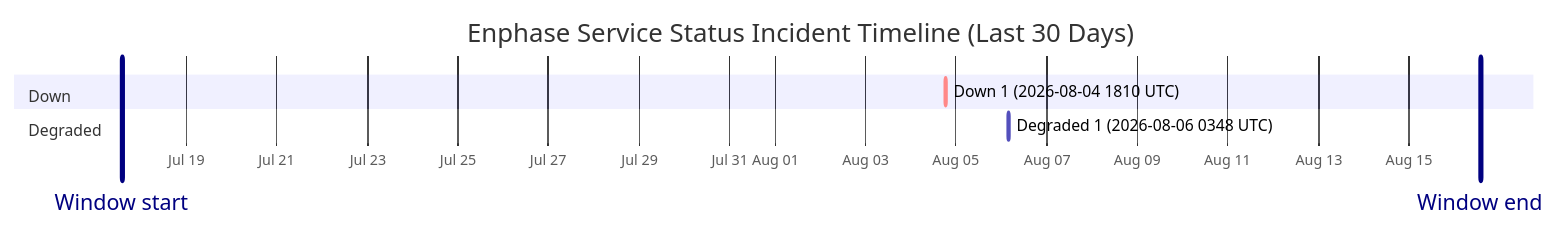
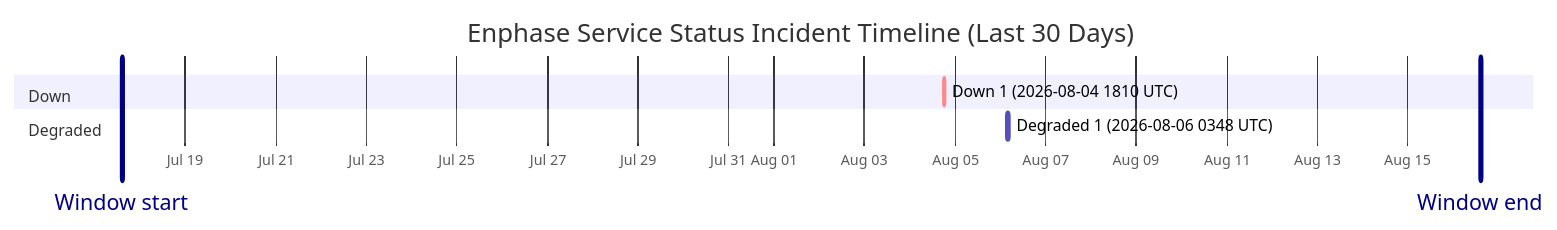
The diagram in wiki/Service-Status-History.md (barneyonline/ha-enphase-energy), drawn with Mermaid before and after one commit. The commit also changed other lines of this file and 3 other files, not shown here.

````diff
--- a/wiki/Service-Status-History.md
+++ b/wiki/Service-Status-History.md
@@ -14,12 +14,12 @@
 ```mermaid
 gantt
     title Enphase Service Status Incident Timeline (Last 30 Days)
     dateFormat  YYYY-MM-DDTHH:mm:ss
     axisFormat  %b %d
-    Window start :vert, window-start, 2026-07-17T13:54:30, 0ms
-    Window end :vert, window-end, 2026-08-16T13:54:30, 0ms
+    Window start :vert, window-start, 2026-07-17T14:19:58, 0ms
+    Window end :vert, window-end, 2026-08-16T14:19:58, 0ms
     section Down
     Down 1 (2026-08-04 1810 UTC) :crit, down-1, 2026-08-04T18:10:46, 60m
     section Degraded
     Degraded 1 (2026-08-06 0348 UTC) :active, degraded-1, 2026-08-06T03:48:14, 60m
 ```
````
